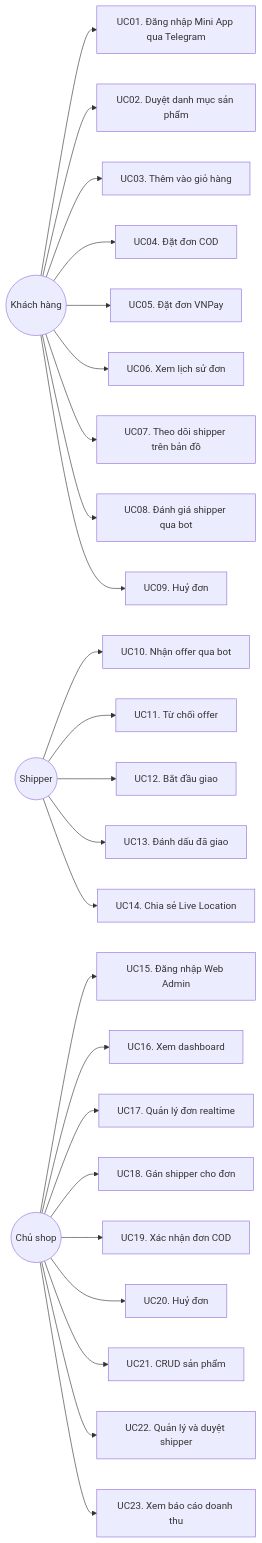
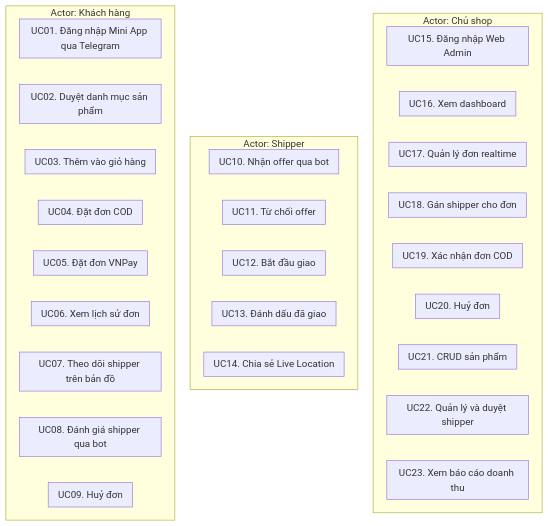
The first of 13 diagrams in docs/thesis/chuong-3-phan-tich-thiet-ke.md (lethuyuitgis/KhoaLuan-GiaoHang), drawn with Mermaid before and after one commit. The commit also changed other lines of this file and 77 other files, not shown here.

````diff
--- a/docs/thesis/chuong-3-phan-tich-thiet-ke.md
+++ b/docs/thesis/chuong-3-phan-tich-thiet-ke.md
@@ -55,32 +35,47 @@
 ```mermaid
-graph LR
-  Khach((Khách hàng))
-  Shipper((Shipper))
-  Admin((Chủ shop))
-
-  Khach --> UC01[UC01. Đăng nhập Mini App qua Telegram]
-  Khach --> UC02[UC02. Duyệt danh mục sản phẩm]
-  Khach --> UC03[UC03. Thêm vào giỏ hàng]
-  Khach --> UC04[UC04. Đặt đơn COD]
-  Khach --> UC05[UC05. Đặt đơn VNPay]
-  Khach --> UC06[UC06. Xem lịch sử đơn]
-  Khach --> UC07[UC07. Theo dõi shipper trên bản đồ]
-  Khach --> UC08[UC08. Đánh giá shipper qua bot]
-  Khach --> UC09[UC09. Huỷ đơn]
-
-  Shipper --> UC10[UC10. Nhận offer qua bot]
-  Shipper --> UC11[UC11. Từ chối offer]
-  Shipper --> UC12[UC12. Bắt đầu giao]
-  Shipper --> UC13[UC13. Đánh dấu đã giao]
-  Shipper --> UC14[UC14. Chia sẻ Live Location]
-
-  Admin --> UC15[UC15. Đăng nhập Web Admin]
-  Admin --> UC16[UC16. Xem dashboard]
-  Admin --> UC17[UC17. Quản lý đơn realtime]
-  Admin --> UC18[UC18. Gán shipper cho đơn]
-  Admin --> UC19[UC19. Xác nhận đơn COD]
-  Admin --> UC20[UC20. Huỷ đơn]
-  Admin --> UC21[UC21. CRUD sản phẩm]
-  Admin --> UC22[UC22. Quản lý và duyệt shipper]
-  Admin --> UC23[UC23. Xem báo cáo doanh thu]
+---
+config:
+  flowchart:
+    rankSpacing: 18
+    nodeSpacing: 25
+    padding: 8
+---
+flowchart TB
+  subgraph AD["Actor: Chủ shop"]
+    direction TB
+    UC15[UC15. Đăng nhập Web Admin]
+    UC16[UC16. Xem dashboard]
+    UC17[UC17. Quản lý đơn realtime]
+    UC18[UC18. Gán shipper cho đơn]
+    UC19[UC19. Xác nhận đơn COD]
+    UC20[UC20. Huỷ đơn]
+    UC21[UC21. CRUD sản phẩm]
+    UC22[UC22. Quản lý và duyệt shipper]
+    UC23[UC23. Xem báo cáo doanh thu]
+    UC15 ~~~ UC16 ~~~ UC17 ~~~ UC18 ~~~ UC19
+    UC19 ~~~ UC20 ~~~ UC21 ~~~ UC22 ~~~ UC23
+  end
+  subgraph SH["Actor: Shipper"]
+    direction TB
+    UC10[UC10. Nhận offer qua bot]
+    UC11[UC11. Từ chối offer]
+    UC12[UC12. Bắt đầu giao]
+    UC13[UC13. Đánh dấu đã giao]
+    UC14[UC14. Chia sẻ Live Location]
+    UC10 ~~~ UC11 ~~~ UC12 ~~~ UC13 ~~~ UC14
+  end
+  subgraph KH["Actor: Khách hàng"]
+    direction TB
+    UC01[UC01. Đăng nhập Mini App qua Telegram]
+    UC02[UC02. Duyệt danh mục sản phẩm]
+    UC03[UC03. Thêm vào giỏ hàng]
+    UC04[UC04. Đặt đơn COD]
+    UC05[UC05. Đặt đơn VNPay]
+    UC06[UC06. Xem lịch sử đơn]
+    UC07[UC07. Theo dõi shipper trên bản đồ]
+    UC08[UC08. Đánh giá shipper qua bot]
+    UC09[UC09. Huỷ đơn]
+    UC01 ~~~ UC02 ~~~ UC03 ~~~ UC04 ~~~ UC05
+    UC05 ~~~ UC06 ~~~ UC07 ~~~ UC08 ~~~ UC09
+  end
 ```
````
